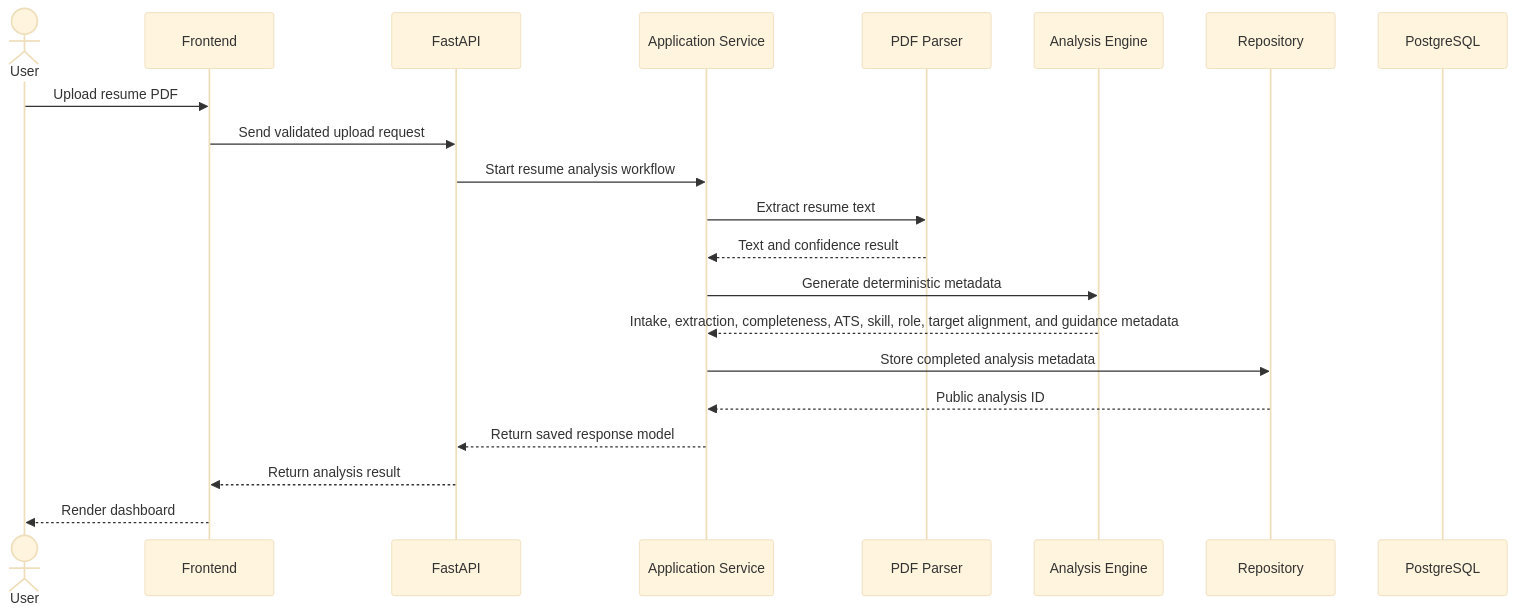
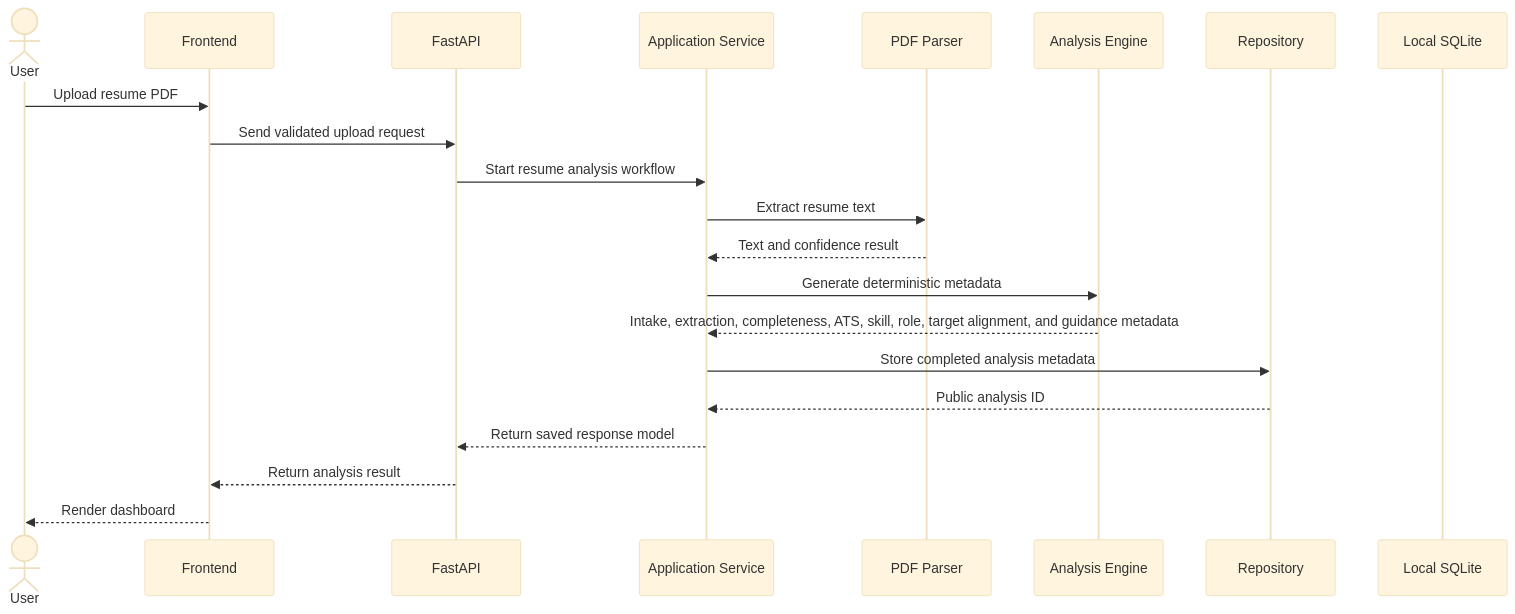
One commit to Justindwinata/CareerBoostAI changed the second of 2 diagrams in docs/SYSTEM_ARCHITECTURE.md. Above: the diagram before and after it, drawn with Mermaid (base theme). The commit also changed other lines of this file and 7 other files, not shown here.

````diff
--- a/docs/SYSTEM_ARCHITECTURE.md
+++ b/docs/SYSTEM_ARCHITECTURE.md
@@ -77,24 +94,24 @@
 ```mermaid
 sequenceDiagram
   actor User
   participant FE as Frontend
   participant API as FastAPI
   participant App as Application Service
   participant Parser as PDF Parser
   participant Analysis as Analysis Engine
   participant Repo as Repository
-  participant DB as PostgreSQL
+  participant DB as Local SQLite
 
   User->>FE: Upload resume PDF
   FE->>API: Send validated upload request
   API->>App: Start resume analysis workflow
   App->>Parser: Extract resume text
   Parser-->>App: Text and confidence result
   App->>Analysis: Generate deterministic metadata
   Analysis-->>App: Intake, extraction, completeness, ATS, skill, role, target alignment, and guidance metadata
   App->>Repo: Store completed analysis metadata
   Repo-->>App: Public analysis ID
   App-->>API: Return saved response model
   API-->>FE: Return analysis result
   FE-->>User: Render dashboard
 ```
````
